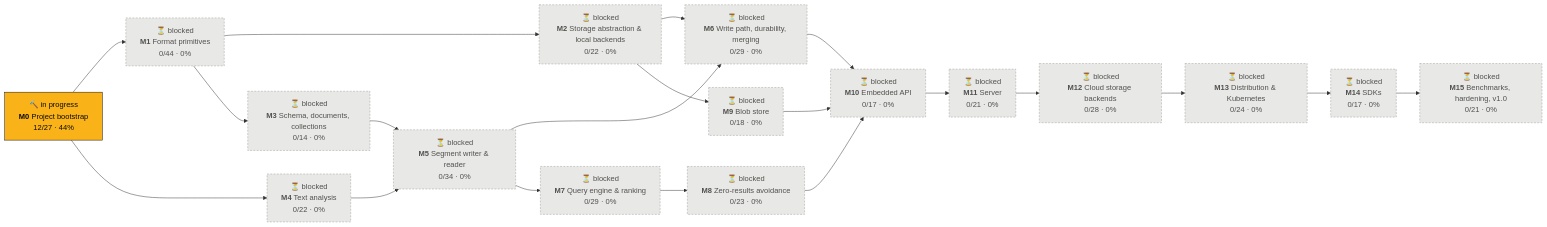
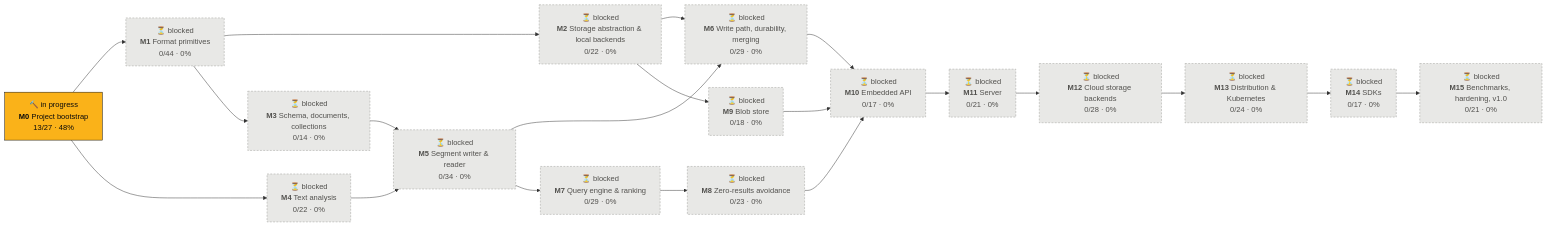
Before and after one commit to tomiok/persiaDB: the first of 2 diagrams in PROGRESS.md, drawn with Mermaid. The commit also changed other lines of this file and 3 other files, not shown here.

Commit message:
docs: ADR process and index (ROADMAP 0.4.1)

````diff
--- a/PROGRESS.md
+++ b/PROGRESS.md
@@ -14,42 +14,42 @@
 ```mermaid
 flowchart LR
-  M0["🔨 in progress<br/><b>M0</b> Project bootstrap<br/>12/27 · 44%"]:::doing
+  M0["🔨 in progress<br/><b>M0</b> Project bootstrap<br/>13/27 · 48%"]:::doing
   M1["⏳ blocked<br/><b>M1</b> Format primitives<br/>0/44 · 0%"]:::blocked
   M2["⏳ blocked<br/><b>M2</b> Storage abstraction & local backends<br/>0/22 · 0%"]:::blocked
   M3["⏳ blocked<br/><b>M3</b> Schema, documents, collections<br/>0/14 · 0%"]:::blocked
   M4["⏳ blocked<br/><b>M4</b> Text analysis<br/>0/22 · 0%"]:::blocked
   M5["⏳ blocked<br/><b>M5</b> Segment writer & reader<br/>0/34 · 0%"]:::blocked
   M6["⏳ blocked<br/><b>M6</b> Write path, durability, merging<br/>0/29 · 0%"]:::blocked
   M7["⏳ blocked<br/><b>M7</b> Query engine & ranking<br/>0/29 · 0%"]:::blocked
   M8["⏳ blocked<br/><b>M8</b> Zero-results avoidance<br/>0/23 · 0%"]:::blocked
   M9["⏳ blocked<br/><b>M9</b> Blob store<br/>0/18 · 0%"]:::blocked
   M10["⏳ blocked<br/><b>M10</b> Embedded API<br/>0/17 · 0%"]:::blocked
   M11["⏳ blocked<br/><b>M11</b> Server<br/>0/21 · 0%"]:::blocked
   M12["⏳ blocked<br/><b>M12</b> Cloud storage backends<br/>0/28 · 0%"]:::blocked
   M13["⏳ blocked<br/><b>M13</b> Distribution & Kubernetes<br/>0/24 · 0%"]:::blocked
   M14["⏳ blocked<br/><b>M14</b> SDKs<br/>0/17 · 0%"]:::blocked
   M15["⏳ blocked<br/><b>M15</b> Benchmarks, hardening, v1.0<br/>0/21 · 0%"]:::blocked
   M0 --> M1
   M1 --> M2
   M1 --> M3
   M0 --> M4
   M3 --> M5
   M4 --> M5
   M2 --> M6
   M5 --> M6
   M5 --> M7
   M7 --> M8
   M2 --> M9
   M6 --> M10
   M8 --> M10
   M9 --> M10
   M10 --> M11
   M11 --> M12
   M12 --> M13
   M13 --> M14
   M14 --> M15
   classDef done fill:#0ca30c,stroke:#0b0b0b,color:#0b0b0b
   classDef doing fill:#fab219,stroke:#0b0b0b,color:#0b0b0b
   classDef ready fill:#fcfcfb,stroke:#0b0b0b,stroke-width:2px,color:#0b0b0b
   classDef blocked fill:#e8e8e6,stroke:#9a9a96,stroke-dasharray:4 3,color:#52514e
 ```
````
